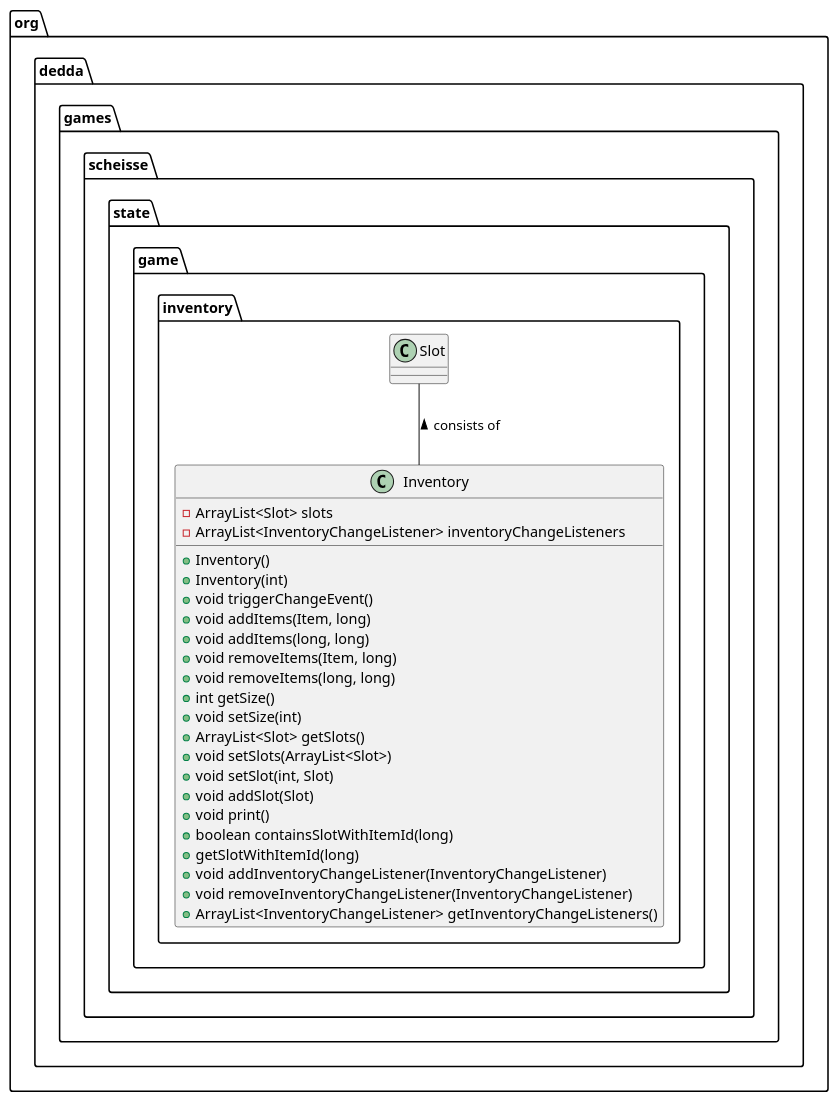
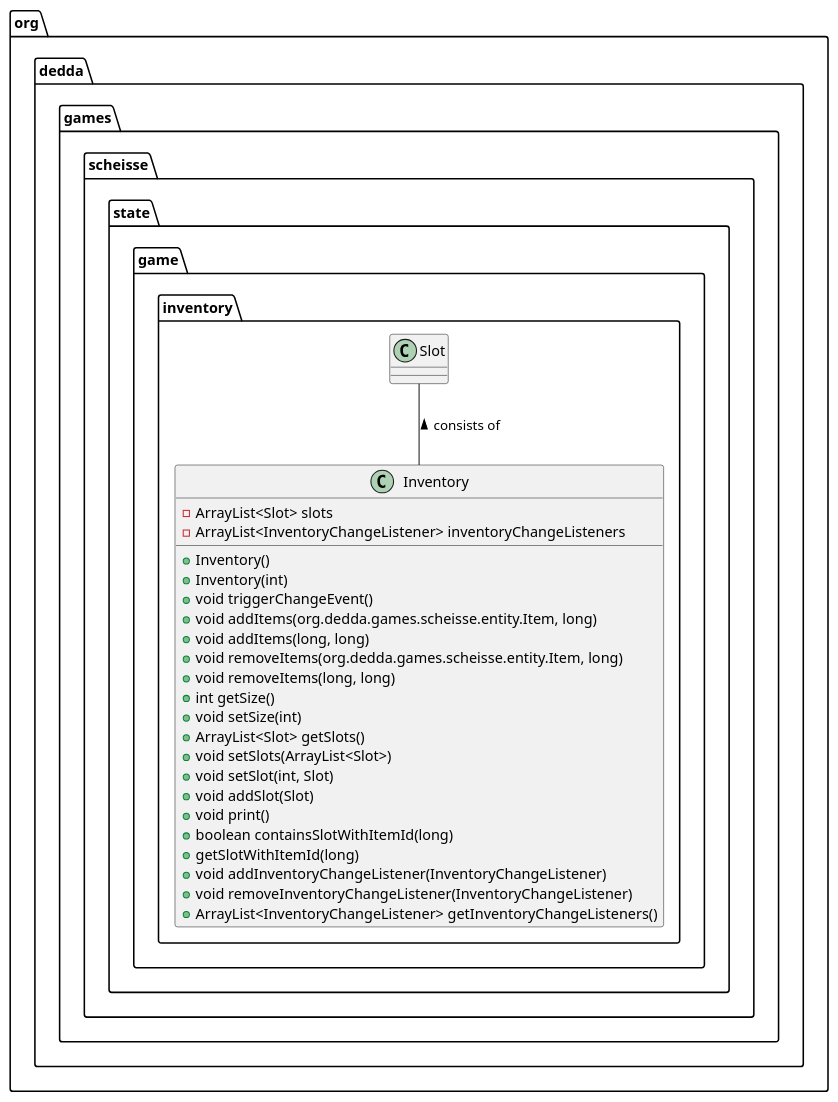
The diagram in game/uml/classes/org.dedda.games.scheisse.state.game.inventory.Inventory.puml (gitter-badger/scheisse), drawn with PlantUML before and after one commit. The commit also changed 23 other files, not shown here.

```diff
--- a/game/uml/classes/org.dedda.games.scheisse.state.game.inventory.Inventory.puml
+++ b/game/uml/classes/org.dedda.games.scheisse.state.game.inventory.Inventory.puml
@@ -1,29 +1,29 @@
 @startuml
 class org.dedda.games.scheisse.state.game.inventory.Slot
 
 class org.dedda.games.scheisse.state.game.inventory.Inventory{
     - ArrayList<Slot> slots
     - ArrayList<InventoryChangeListener> inventoryChangeListeners
     + Inventory()
     + Inventory(int)
     + void triggerChangeEvent()
-    + void addItems(Item, long)
+    + void addItems(org.dedda.games.scheisse.entity.Item, long)
     + void addItems(long, long)
-    + void removeItems(Item, long)
+    + void removeItems(org.dedda.games.scheisse.entity.Item, long)
     + void removeItems(long, long)
     + int getSize()
     + void setSize(int)
     + ArrayList<Slot> getSlots()
     + void setSlots(ArrayList<Slot>)
     + void setSlot(int, Slot)
     + void addSlot(Slot)
     + void print()
     + boolean containsSlotWithItemId(long)
     + getSlotWithItemId(long)
     + void addInventoryChangeListener(InventoryChangeListener)
     + void removeInventoryChangeListener(InventoryChangeListener)
     + ArrayList<InventoryChangeListener> getInventoryChangeListeners()
 }
 
 org.dedda.games.scheisse.state.game.inventory.Slot -- org.dedda.games.scheisse.state.game.inventory.Inventory : < consists of
 @enduml
```
